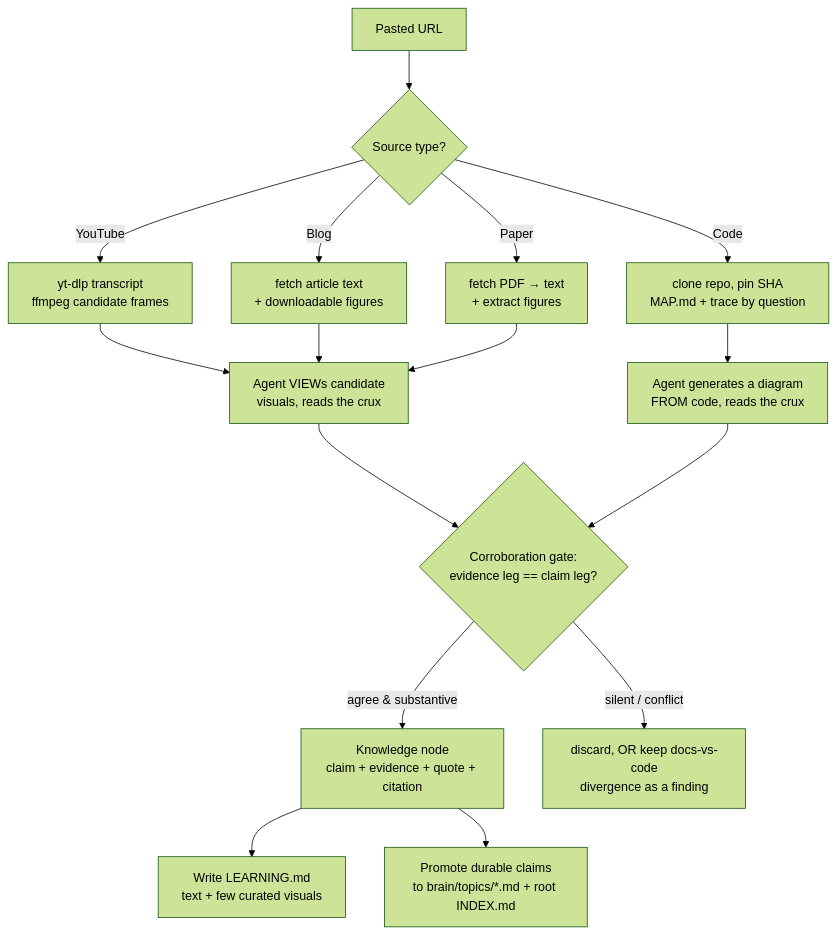
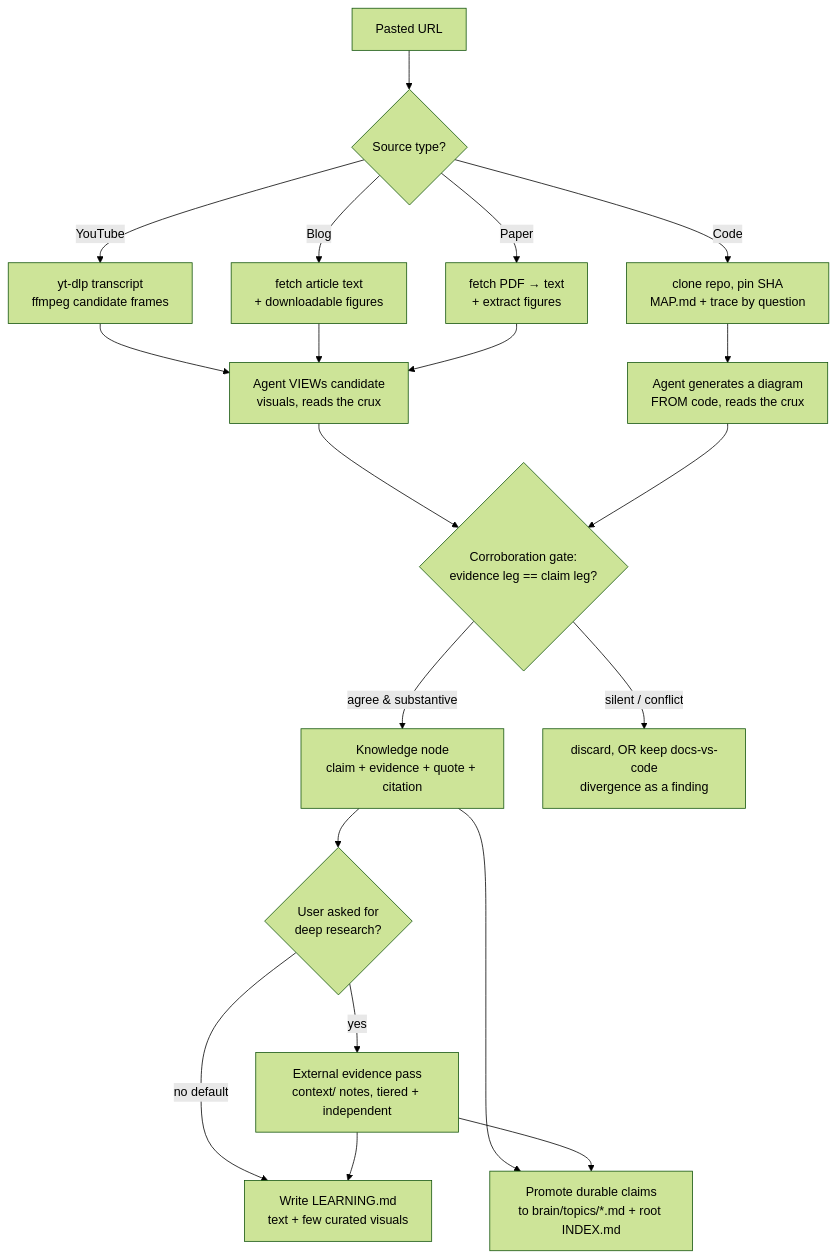
One commit to 0xchamin/mincha_brain changed the second of 5 diagrams in prd.md. Above: the diagram before and after it, drawn with Mermaid (forest theme). The commit also changed other lines of this file and 14 other files, not shown here.

````diff
--- a/prd.md
+++ b/prd.md
@@ -213,18 +213,22 @@
 ```mermaid
 flowchart TD
     URL[Pasted URL] --> Type{Source type?}
     Type -- YouTube --> Vy[yt-dlp transcript<br/>ffmpeg candidate frames]
     Type -- Code --> Vc[clone repo, pin SHA<br/>MAP.md + trace by question]
     Type -- Blog --> Vb[fetch article text<br/>+ downloadable figures]
     Type -- Paper --> Vp[fetch PDF → text<br/>+ extract figures]
     Vy --> R[Agent VIEWs candidate<br/>visuals, reads the crux]
     Vb --> R
     Vp --> R
     Vc --> Rc[Agent generates a diagram<br/>FROM code, reads the crux]
     R --> G{Corroboration gate:<br/>evidence leg == claim leg?}
     Rc --> G
     G -- agree & substantive --> N[Knowledge node<br/>claim + evidence + quote + citation]
     G -- silent / conflict --> Drop[discard, OR keep docs-vs-code<br/>divergence as a finding]
-    N --> L[Write LEARNING.md<br/>text + few curated visuals]
+    N --> DR{User asked for<br/>deep research?}
+    DR -- no default --> L[Write LEARNING.md<br/>text + few curated visuals]
+    DR -- yes --> X[External evidence pass<br/>context/ notes, tiered + independent]
+    X --> L
     N --> P[Promote durable claims<br/>to brain/topics/*.md + root INDEX.md]
+    X --> P
 ```
````
